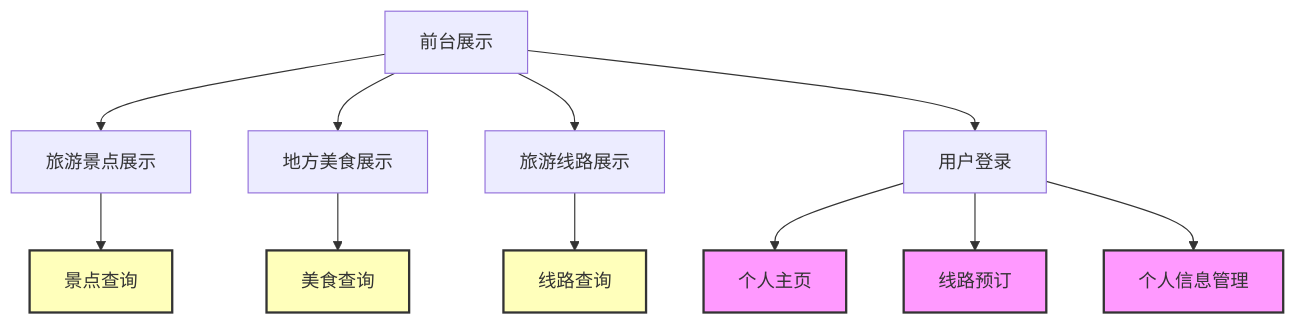
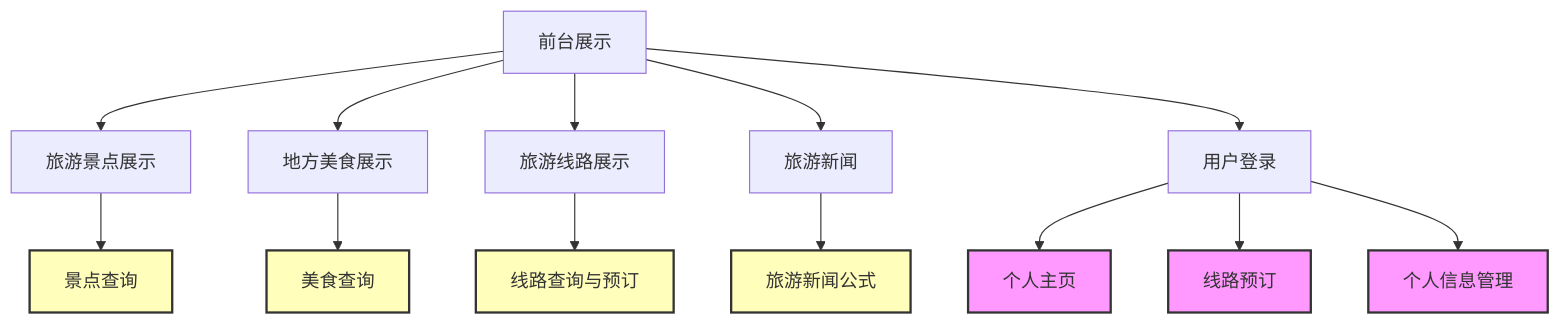
Before and after one commit to FirmamentWu/java-: the third of 17 diagrams in README.md, drawn with Mermaid. The commit also changed other lines of this file, not shown here.

````diff
--- a/README.md
+++ b/README.md
@@ -174,21 +178,23 @@
 ```mermaid
 graph TD
     A[前台展示] --> B[旅游景点展示]
     A --> C[地方美食展示]
     A --> D[旅游线路展示]
+    A --> L[旅游新闻]
     A --> E[用户登录]
     B --> F[景点查询]
     C --> G[美食查询]
-    D --> H[线路查询]
+    D --> H[线路查询与预订]
+    L --> M[旅游新闻公式]
     E --> I[个人主页]
     E --> J[线路预订]
     E --> K[个人信息管理]
 
-    
+    style M fill:#ffb,stroke:#333,stroke-width:2px;
     style F fill:#ffb,stroke:#333,stroke-width:2px;
     style G fill:#ffb,stroke:#333,stroke-width:2px;
     style H fill:#ffb,stroke:#333,stroke-width:2px;
     style I fill:#f9f,stroke:#333,stroke-width:2px;
     style J fill:#f9f,stroke:#333,stroke-width:2px;
     style K fill:#f9f,stroke:#333,stroke-width:2px;
 ```
````
